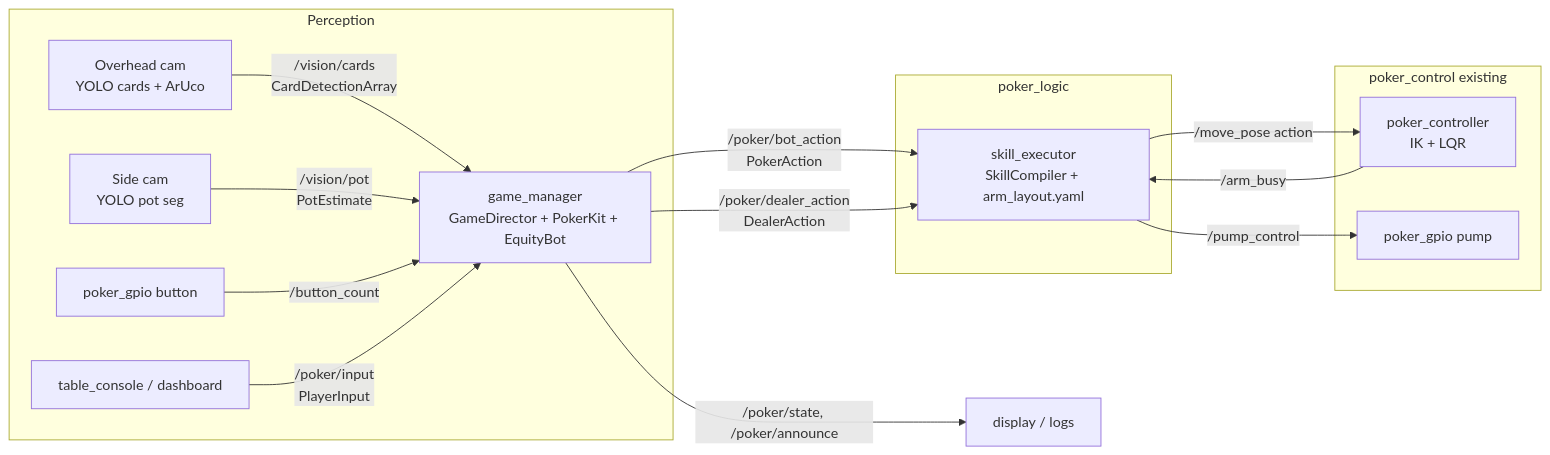
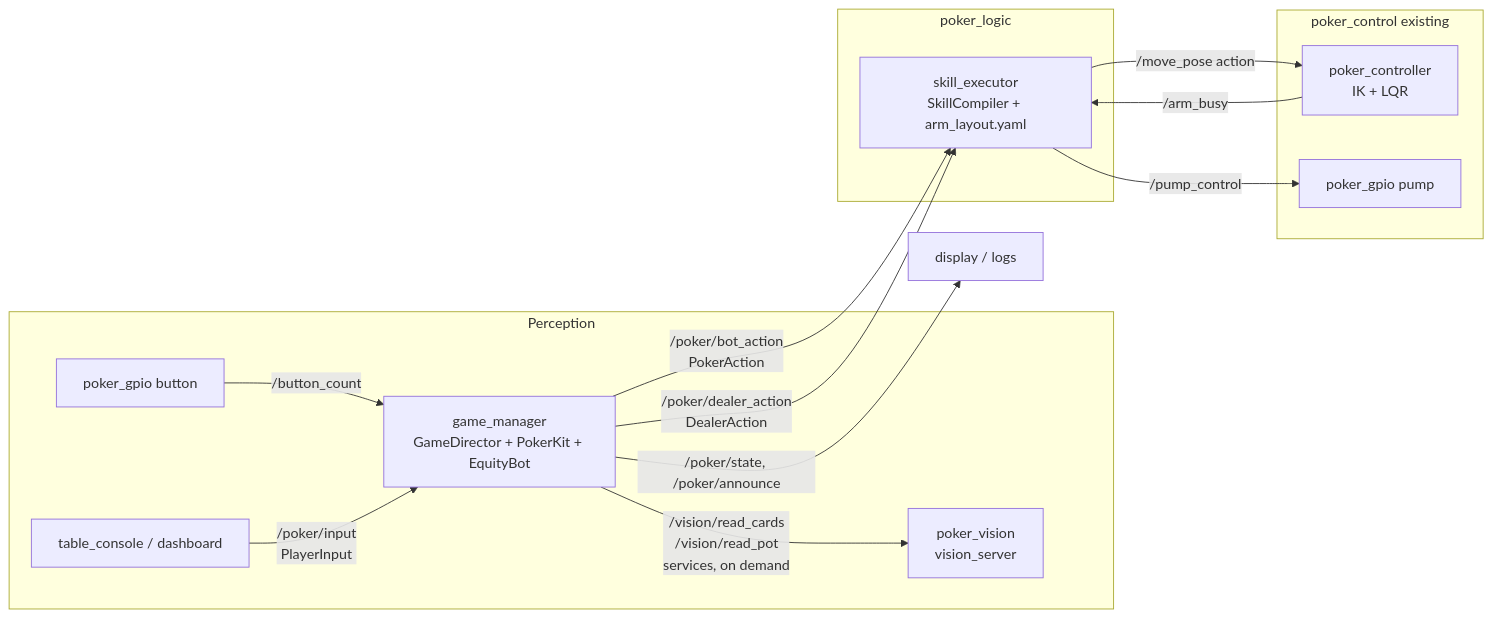
Before and after one commit to UoM-Arm-Project/arm_2025: the diagram in src/poker_logic/README.md, drawn with Mermaid. The commit also changed other lines of this file and 31 other files, not shown here.

Commit message:
Add vision_server as a service instead of topic

````diff
--- a/src/poker_logic/README.md
+++ b/src/poker_logic/README.md
@@ -18,23 +18,23 @@
 ```mermaid
 flowchart LR
   subgraph Perception
-    CAM1[Overhead cam<br/>YOLO cards + ArUco] -->|/vision/cards<br/>CardDetectionArray| GM
-    CAM2[Side cam<br/>YOLO pot seg] -->|/vision/pot<br/>PotEstimate| GM
+    VS[poker_vision<br/>vision_server]
     BTN[poker_gpio button] -->|/button_count| GM
     CON[table_console / dashboard] -->|/poker/input<br/>PlayerInput| GM
   end
   subgraph poker_logic
     GM[game_manager<br/>GameDirector + PokerKit + EquityBot]
     SE[skill_executor<br/>SkillCompiler + arm_layout.yaml]
     GM -->|/poker/bot_action<br/>PokerAction| SE
     GM -->|/poker/dealer_action<br/>DealerAction| SE
   end
   subgraph poker_control existing
     CTRL[poker_controller<br/>IK + LQR]
     GPIO[poker_gpio pump]
   end
   SE -->|/move_pose action| CTRL
   SE -->|/pump_control| GPIO
   CTRL -->|/arm_busy| SE
   GM -->|/poker/state, /poker/announce| UI[display / logs]
+  GM -->|/vision/read_cards<br/>/vision/read_pot<br/>services, on demand| VS
 ```
````
